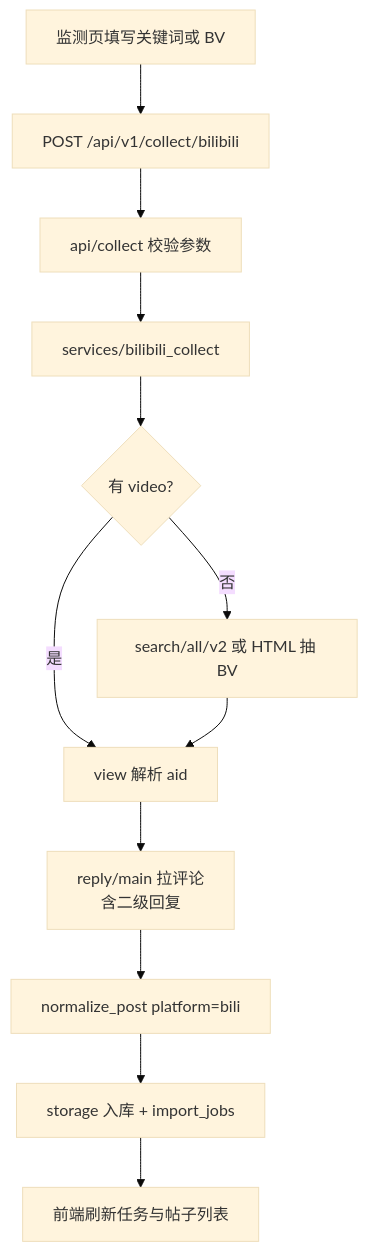
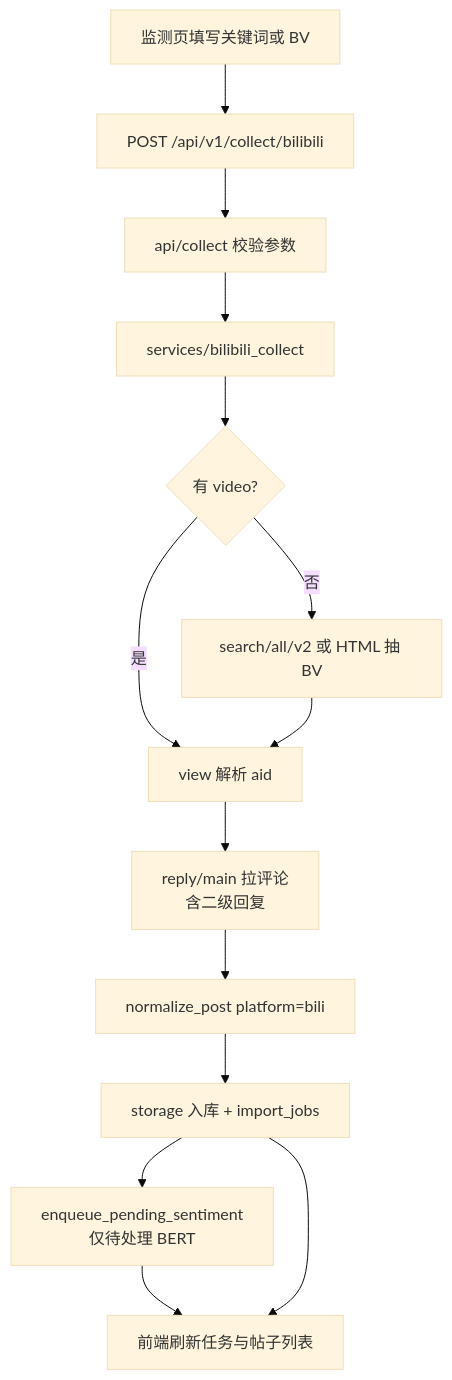
Before and after one commit to LinJJ12/yuqing: the third of 13 diagrams in docs/diagrams.md, drawn with Mermaid (base theme). The commit also changed other lines of this file and 27 other files, not shown here.

````diff
--- a/docs/diagrams.md
+++ b/docs/diagrams.md
@@ -46,14 +46,16 @@
 ```mermaid
 flowchart TD
     A[监测页填写关键词或 BV] --> B[POST /api/v1/collect/bilibili]
     B --> C[api/collect 校验参数]
     C --> D[services/bilibili_collect]
     D --> E{有 video?}
     E -->|是| F[view 解析 aid]
     E -->|否| G[search/all/v2 或 HTML 抽 BV]
     G --> F
     F --> H[reply/main 拉评论<br/>含二级回复]
     H --> I[normalize_post platform=bili]
     I --> J[storage 入库 + import_jobs]
-    J --> K[前端刷新任务与帖子列表]
+    J --> J2[enqueue_pending_sentiment<br/>仅待处理 BERT]
+    J2 --> K[前端刷新任务与帖子列表]
+    J --> K
 ```
````
